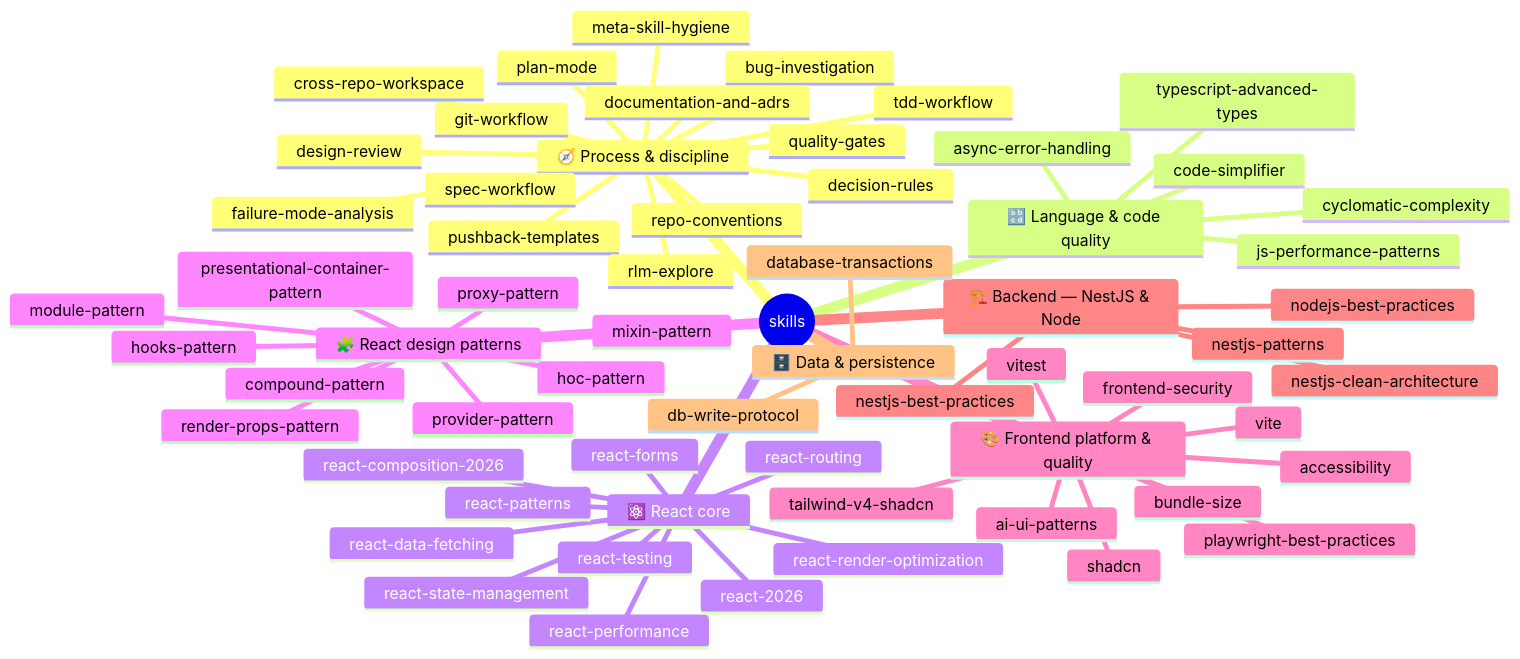
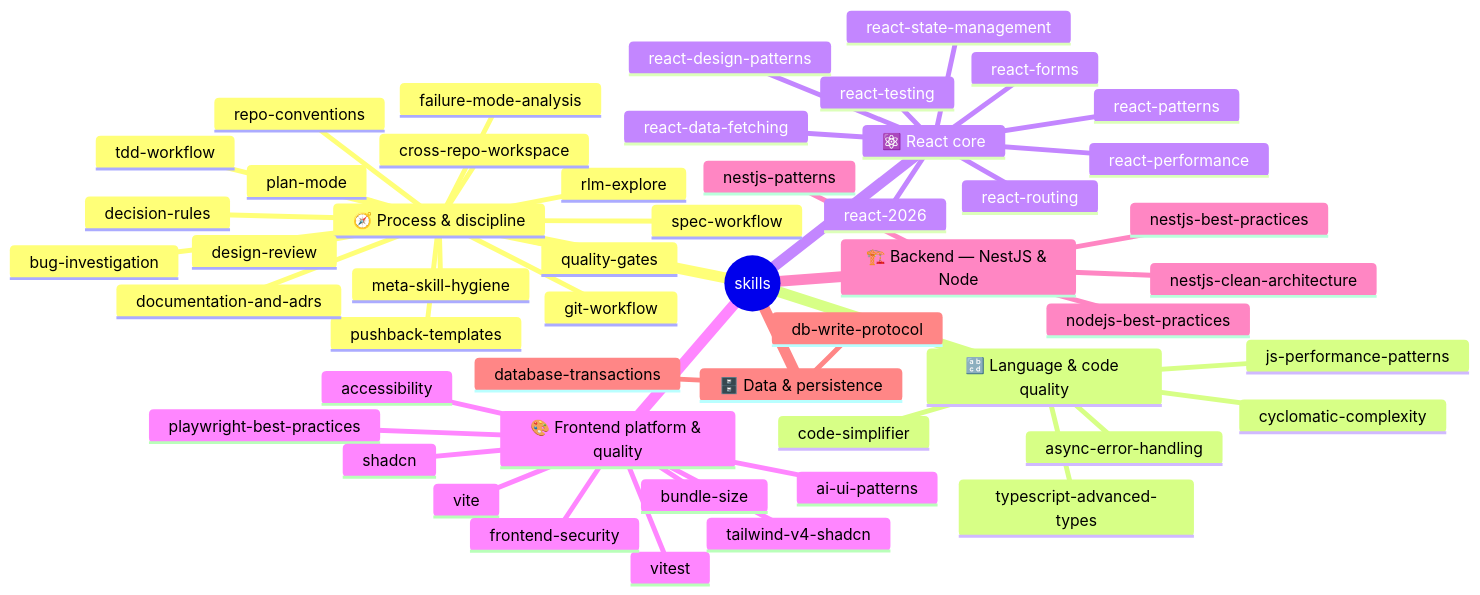
Before and after one commit to TierOne-Studio/llm-harness-fullstack: the diagram in template/.ruler/skills/README.md, drawn with Mermaid. The commit also changed other lines of this file and 46 other files, not shown here.

````diff
--- a/template/.ruler/skills/README.md
+++ b/template/.ruler/skills/README.md
@@ -8,65 +9,54 @@
 ```mermaid
 mindmap
   root((skills))
     🧭 Process & discipline
       tdd-workflow
       spec-workflow
       plan-mode
       design-review
       failure-mode-analysis
       bug-investigation
       decision-rules
       pushback-templates
       documentation-and-adrs
       repo-conventions
       git-workflow
       quality-gates
       rlm-explore
       cross-repo-workspace
       meta-skill-hygiene
     🔡 Language & code quality
       typescript-advanced-types
       async-error-handling
       js-performance-patterns
       code-simplifier
       cyclomatic-complexity
     ⚛️ React core
       react-patterns
       react-state-management
       react-data-fetching
       react-routing
       react-forms
       react-performance
-      react-render-optimization
       react-testing
-      react-composition-2026
+      react-design-patterns
       react-2026
-    🧩 React design patterns
-      hooks-pattern
-      hoc-pattern
-      render-props-pattern
-      provider-pattern
-      compound-pattern
-      presentational-container-pattern
-      module-pattern
-      mixin-pattern
-      proxy-pattern
     🎨 Frontend platform & quality
       vite
       vitest
       playwright-best-practices
       shadcn
       tailwind-v4-shadcn
       bundle-size
       accessibility
       frontend-security
       ai-ui-patterns
     🏗️ Backend — NestJS & Node
       nestjs-best-practices
       nestjs-clean-architecture
       nestjs-patterns
       nodejs-best-practices
     🗄️ Data & persistence
       database-transactions
       db-write-protocol
 ```
````
